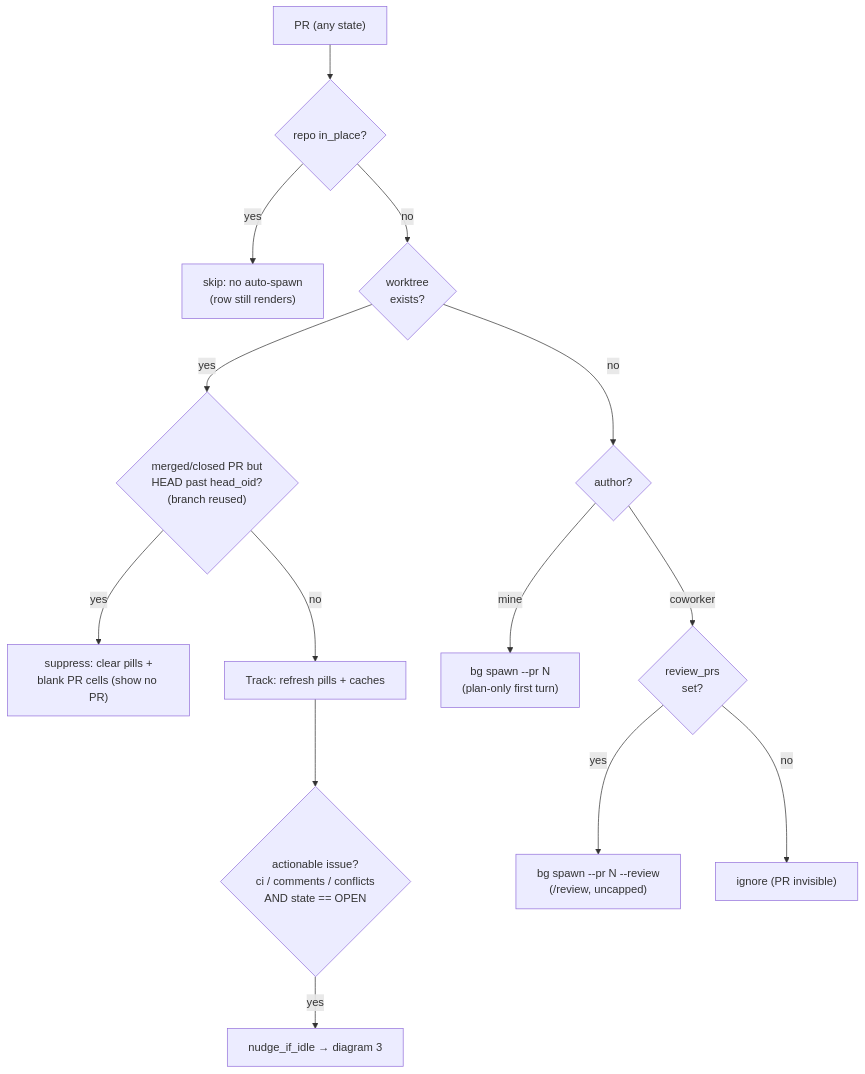
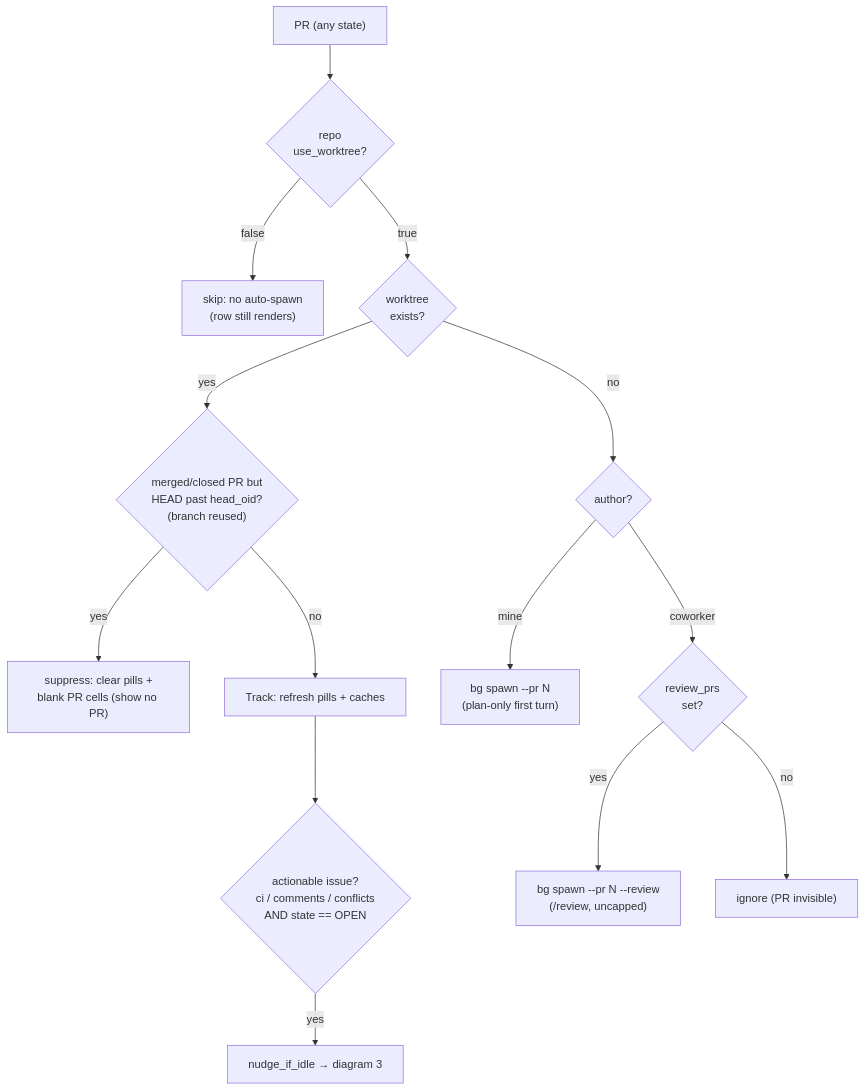
The second of 5 diagrams in docs/state-machine.md (khivi/cockpit), drawn with Mermaid before and after one commit. The commit also changed other lines of this file and 27 other files, not shown here.

First line of the commit message:
feat(tui): fold `w` into `f`, invert in_place→use_worktree, route `n` per repo type (#245)

````diff
--- a/docs/state-machine.md
+++ b/docs/state-machine.md
@@ -88,18 +89,18 @@
 ```mermaid
 flowchart TD
-  P["PR (any state)"] --> IP{"repo in_place?"}
-  IP -->|yes| SKIP["skip: no auto-spawn<br/>(row still renders)"]
-  IP -->|no| WT{"worktree<br/>exists?"}
+  P["PR (any state)"] --> IP{"repo<br/>use_worktree?"}
+  IP -->|"false"| SKIP["skip: no auto-spawn<br/>(row still renders)"]
+  IP -->|"true"| WT{"worktree<br/>exists?"}
 
   WT -->|yes| REUSE{"merged/closed PR but<br/>HEAD past head_oid?<br/>(branch reused)"}
   REUSE -->|yes| SUP["suppress: clear pills +<br/>blank PR cells (show no PR)"]
   REUSE -->|no| TRACK["Track: refresh pills + caches"]
   TRACK --> ACT{"actionable issue?<br/>ci / comments / conflicts<br/>AND state == OPEN"}
   ACT -->|yes| NUDGE["nudge_if_idle → diagram 3"]
 
   WT -->|no| WHO{"author?"}
   WHO -->|mine| SP["bg spawn --pr N<br/>(plan-only first turn)"]
   WHO -->|coworker| RV{"review_prs<br/>set?"}
   RV -->|yes| SPR["bg spawn --pr N --review<br/>(/review, uncapped)"]
   RV -->|no| IG["ignore (PR invisible)"]
 ```
````
